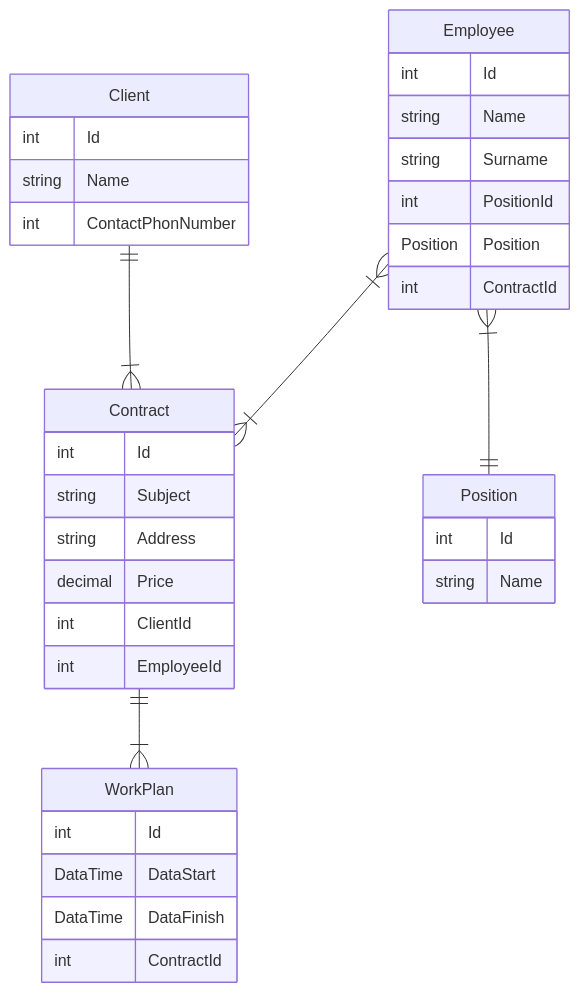
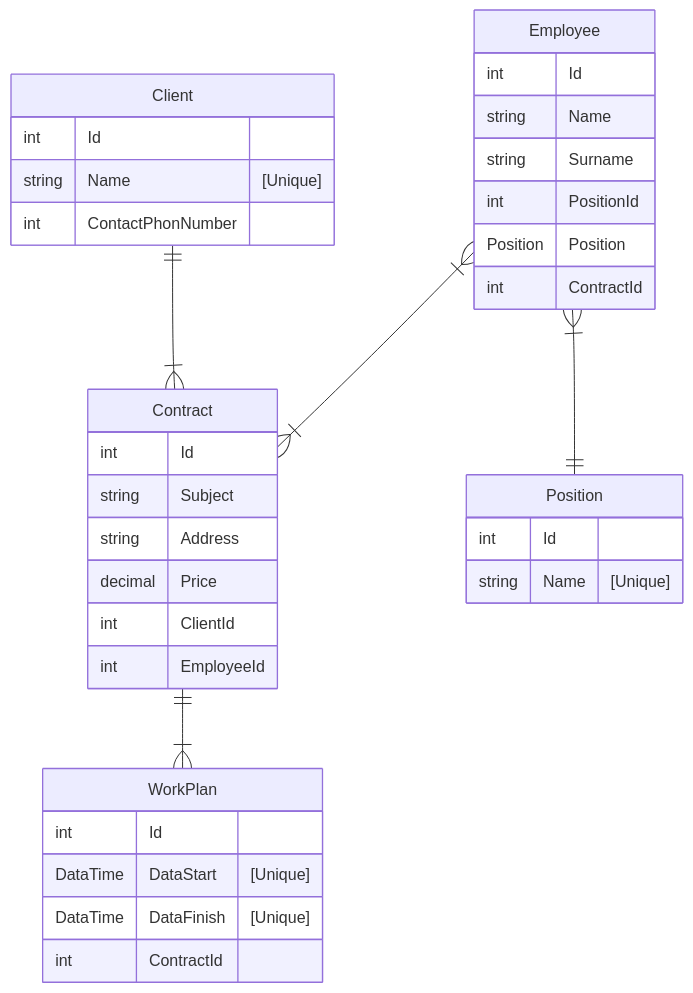
The diagram in README.md (KondratenkoDV/CRM), drawn with Mermaid before and after one commit.

````diff
--- a/README.md
+++ b/README.md
@@ -1,43 +1,43 @@
 ```mermaid
 erDiagram
   Employee }|--|{ Contract : ""
   Client ||--|{ Contract : ""
   Contract ||--|{ WorkPlan : ""
   Employee }|--|| Position : ""
   
   Employee{
       int Id
       string Name
       string Surname
       int PositionId
       Position Position
       int ContractId
   }
 
   Client{
       int Id
-      string Name
+      string Name "[Unique]"
       int ContactPhonNumber
   }
 
   Contract{
       int Id
       string Subject
       string Address
       decimal Price
       int ClientId
       int EmployeeId
   }
 
   WorkPlan{
       int Id
-      DataTime DataStart
-      DataTime DataFinish
+      DataTime DataStart "[Unique]"
+      DataTime DataFinish "[Unique]"
       int ContractId
   }
   
   Position{
       int Id
-      string Name
+      string Name "[Unique]"
   }
   ```
````
